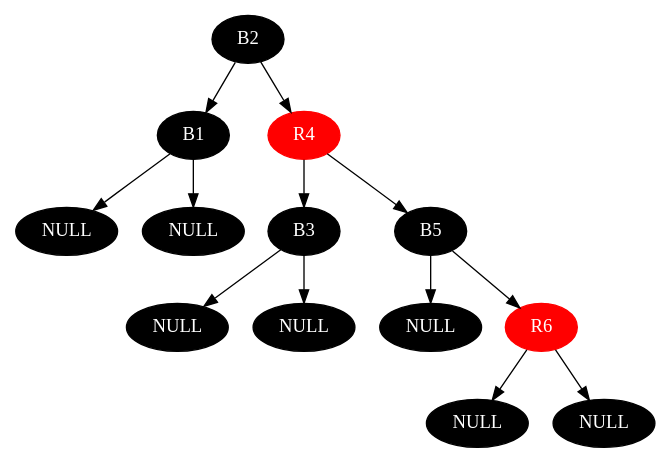
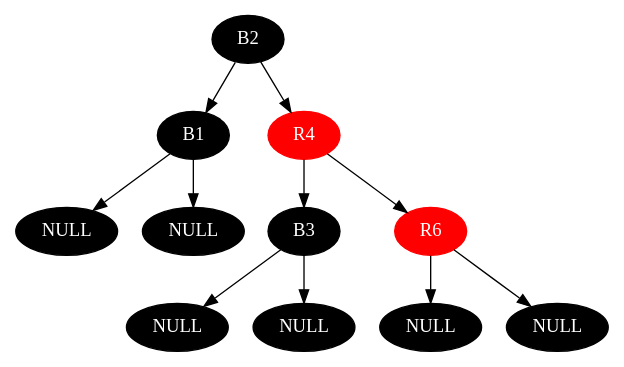
The diagram in graph.dot (neske99/RedBlackTreeImplementation), drawn with Graphviz before and after one commit. The commit also changed 2 other files, not shown here.

Commit message:
feat: adding erase without updating tree to be correctly red and black

```diff
--- a/graph.dot
+++ b/graph.dot
@@ -1,27 +1,23 @@
 digraph{
 0[label="B2",color=black,style=filled,fontcolor=white];
 0 -> 1;
 0 -> 2;
 1[label="B1",color=black,style=filled,fontcolor=white];
 1 -> 3;
 1 -> 4;
 3[label="NULL",color=black,style=filled,fontcolor=white];
 4[label="NULL",color=black,style=filled,fontcolor=white];
 2[label="R4",color=red,style=filled,fontcolor=white];
 2 -> 5;
 2 -> 6;
 5[label="B3",color=black,style=filled,fontcolor=white];
 5 -> 11;
 5 -> 12;
 11[label="NULL",color=black,style=filled,fontcolor=white];
 12[label="NULL",color=black,style=filled,fontcolor=white];
-6[label="B5",color=black,style=filled,fontcolor=white];
+6[label="R6",color=red,style=filled,fontcolor=white];
 6 -> 13;
 6 -> 14;
 13[label="NULL",color=black,style=filled,fontcolor=white];
-14[label="R6",color=red,style=filled,fontcolor=white];
-14 -> 29;
-14 -> 30;
-29[label="NULL",color=black,style=filled,fontcolor=white];
-30[label="NULL",color=black,style=filled,fontcolor=white];
+14[label="NULL",color=black,style=filled,fontcolor=white];
 }
```
